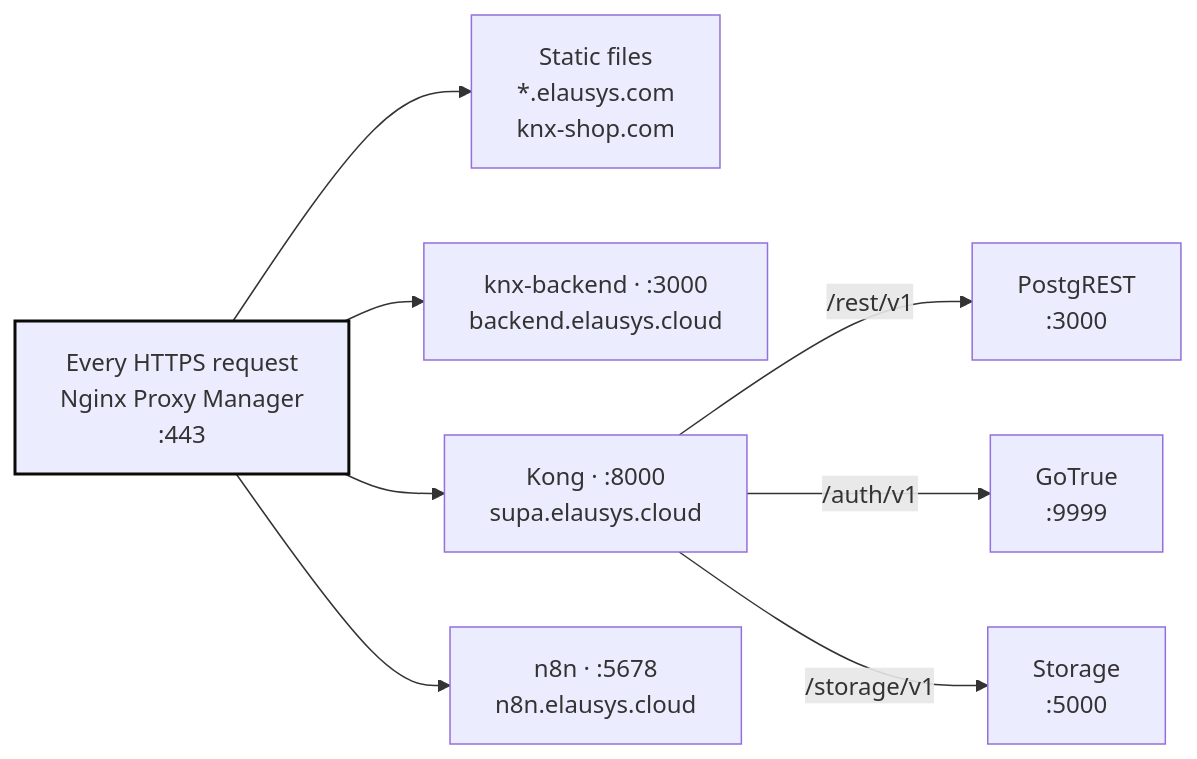
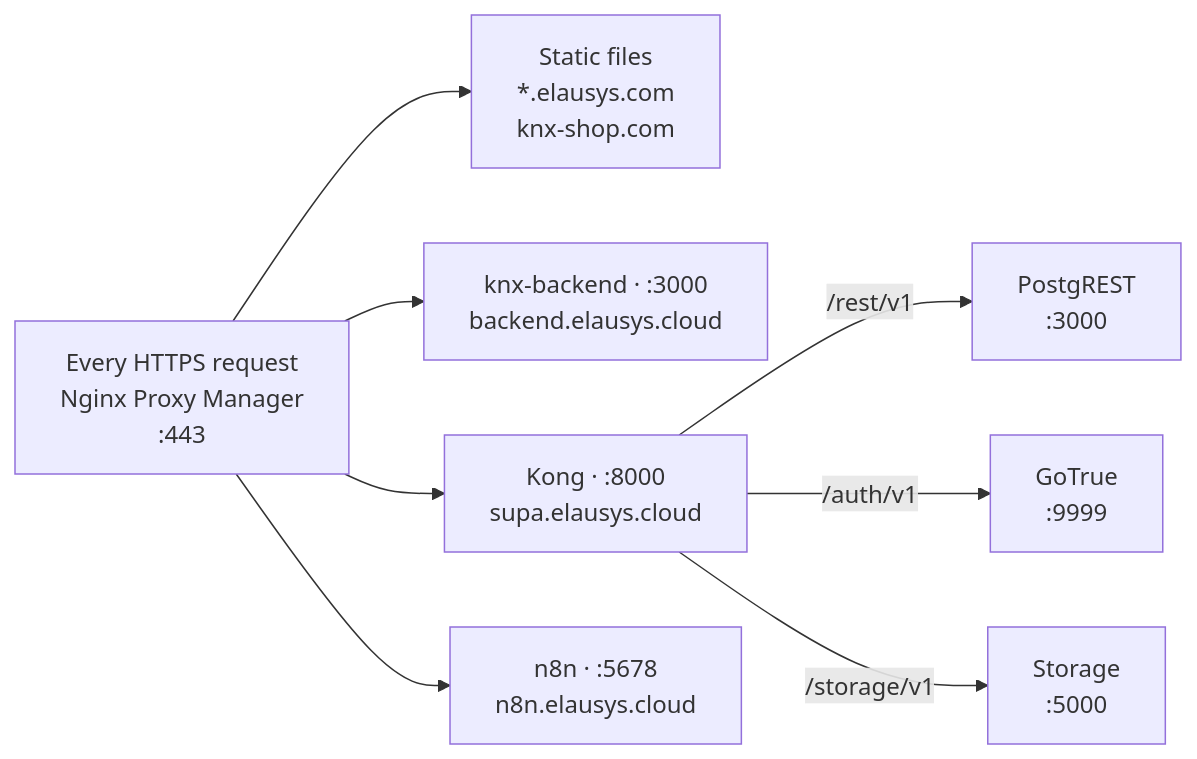
One commit to Gillian-Delvigne/gilliandelvigne.be changed the diagram in diagrams/elausys-request-flow.mmd. Above: the diagram before and after it, drawn with Mermaid. The commit also changed 4 other files, not shown here.

Commit message:
[REF] diagrams: style the accent once in the theme

```diff
--- a/diagrams/elausys-request-flow.mmd
+++ b/diagrams/elausys-request-flow.mmd
@@ -1,25 +1,24 @@
 flowchart LR
     accTitle: Request routing
     accDescr: Nginx Proxy Manager receives every HTTPS request and routes it by hostname: Supabase through Kong, the Express API, n8n, or the static files of the four sites. Kong then routes Supabase requests by path to PostgREST, GoTrue or Storage.
 
     NPM["Every HTTPS request<br/>Nginx Proxy Manager<br/>:443"]
 
     STATIC["Static files<br/>*.elausys.com<br/>knx-shop.com"]
     BE["knx-backend · :3000<br/>backend.elausys.cloud"]
     KONG["Kong · :8000<br/>supa.elausys.cloud"]
     N8N["n8n · :5678<br/>n8n.elausys.cloud"]
 
     REST["PostgREST<br/>:3000"]
     AUTH["GoTrue<br/>:9999"]
     STORAGE["Storage<br/>:5000"]
 
     NPM --> STATIC
     NPM --> BE
     NPM --> KONG
     NPM --> N8N
     KONG -->|"/rest/v1"| REST
     KONG -->|"/auth/v1"| AUTH
     KONG -->|"/storage/v1"| STORAGE
 
-    classDef accent stroke:#0a0a08,stroke-width:2px
     class NPM accent
```
